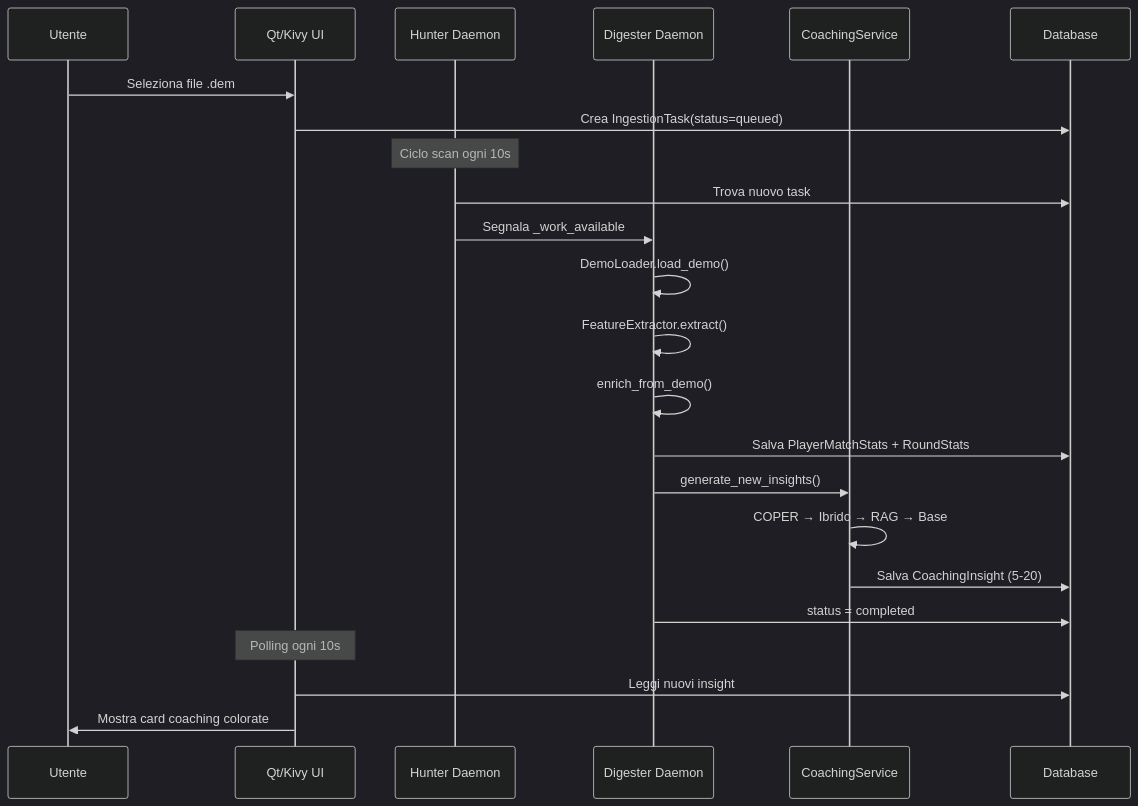
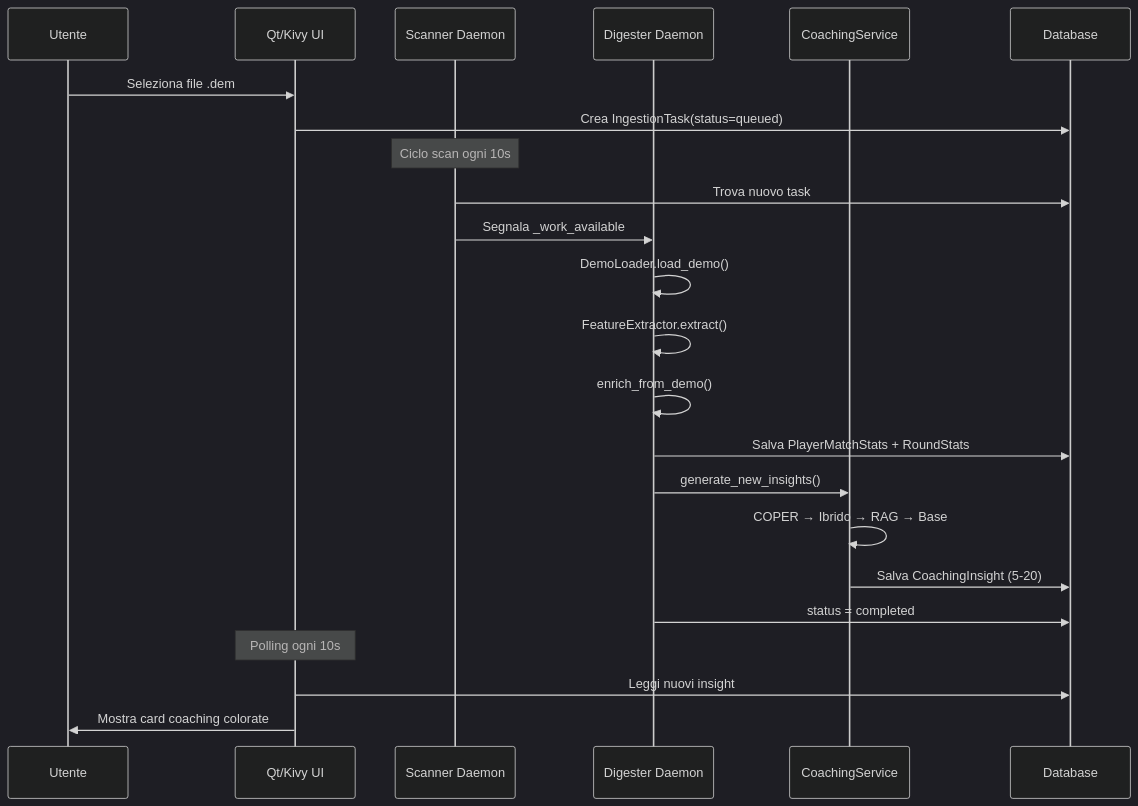
Diagram 34 of 55 in docs/books/Book-Coach-3.md (renanaugustomacena-ux/Counter-Strike-coach-AI), drawn with Mermaid (dark theme) before and after one commit. The commit also changed other lines of this file, not shown here.

````diff
--- a/docs/books/Book-Coach-3.md
+++ b/docs/books/Book-Coach-3.md
@@ -1901,26 +1918,26 @@
 ```mermaid
 sequenceDiagram
     participant U as Utente
     participant UI as Qt/Kivy UI
-    participant H as Hunter Daemon
+    participant H as Scanner Daemon
     participant D as Digester Daemon
     participant CS as CoachingService
     participant DB as Database
 
     U->>UI: Seleziona file .dem
     UI->>DB: Crea IngestionTask(status=queued)
     Note over H: Ciclo scan ogni 10s
     H->>DB: Trova nuovo task
     H->>D: Segnala _work_available
     D->>D: DemoLoader.load_demo()
     D->>D: FeatureExtractor.extract()
     D->>D: enrich_from_demo()
     D->>DB: Salva PlayerMatchStats + RoundStats
     D->>CS: generate_new_insights()
     CS->>CS: COPER → Ibrido → RAG → Base
     CS->>DB: Salva CoachingInsight (5-20)
     D->>DB: status = completed
     Note over UI: Polling ogni 10s
     UI->>DB: Leggi nuovi insight
     UI->>U: Mostra card coaching colorate
 ```
````
